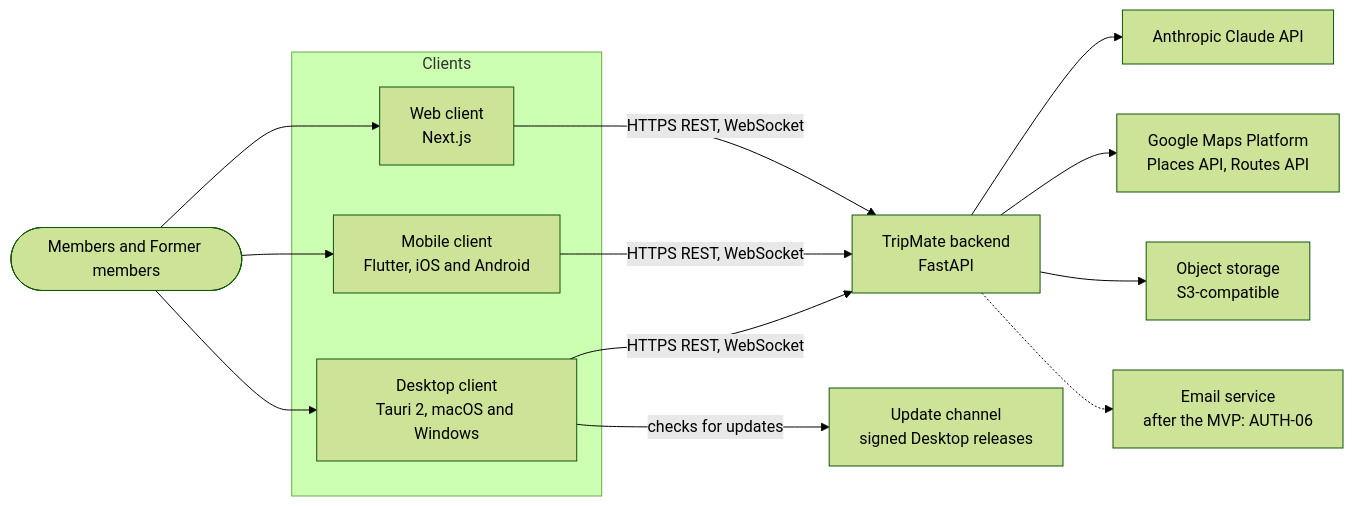
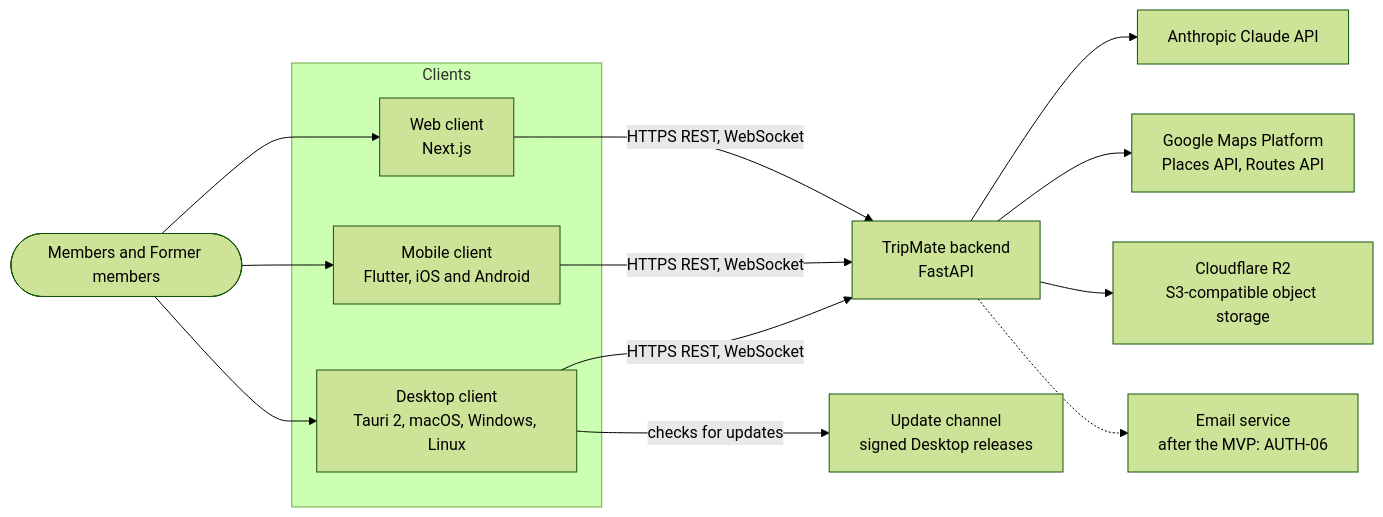
The first of 7 diagrams in docs/architecture.md (huynguyennang-agilityio/tripmate-docs), drawn with Mermaid (forest theme) before and after one commit. The commit also changed other lines of this file and 6 other files, not shown here.

First line of the commit message:
architecture.md v1.1; add data-model, api-design, security v1.0

````diff
--- a/docs/architecture.md
+++ b/docs/architecture.md
@@ -43,23 +52,23 @@
 ```mermaid
 flowchart LR
     M(["Members and Former members"])
     subgraph Clients
         W["Web client<br/>Next.js"]
         MO["Mobile client<br/>Flutter, iOS and Android"]
-        D["Desktop client<br/>Tauri 2, macOS and Windows"]
+        D["Desktop client<br/>Tauri 2, macOS, Windows, Linux"]
     end
     B["TripMate backend<br/>FastAPI"]
     AI["Anthropic Claude API"]
     G["Google Maps Platform<br/>Places API, Routes API"]
-    S3["Object storage<br/>S3-compatible"]
+    S3["Cloudflare R2<br/>S3-compatible object storage"]
     E["Email service<br/>after the MVP: AUTH-06"]
     U["Update channel<br/>signed Desktop releases"]
 
     M --> W & MO & D
     W & MO & D -->|"HTTPS REST, WebSocket"| B
     B --> AI
     B --> G
     B --> S3
     B -.-> E
     D -->|"checks for updates"| U
 ```
````
